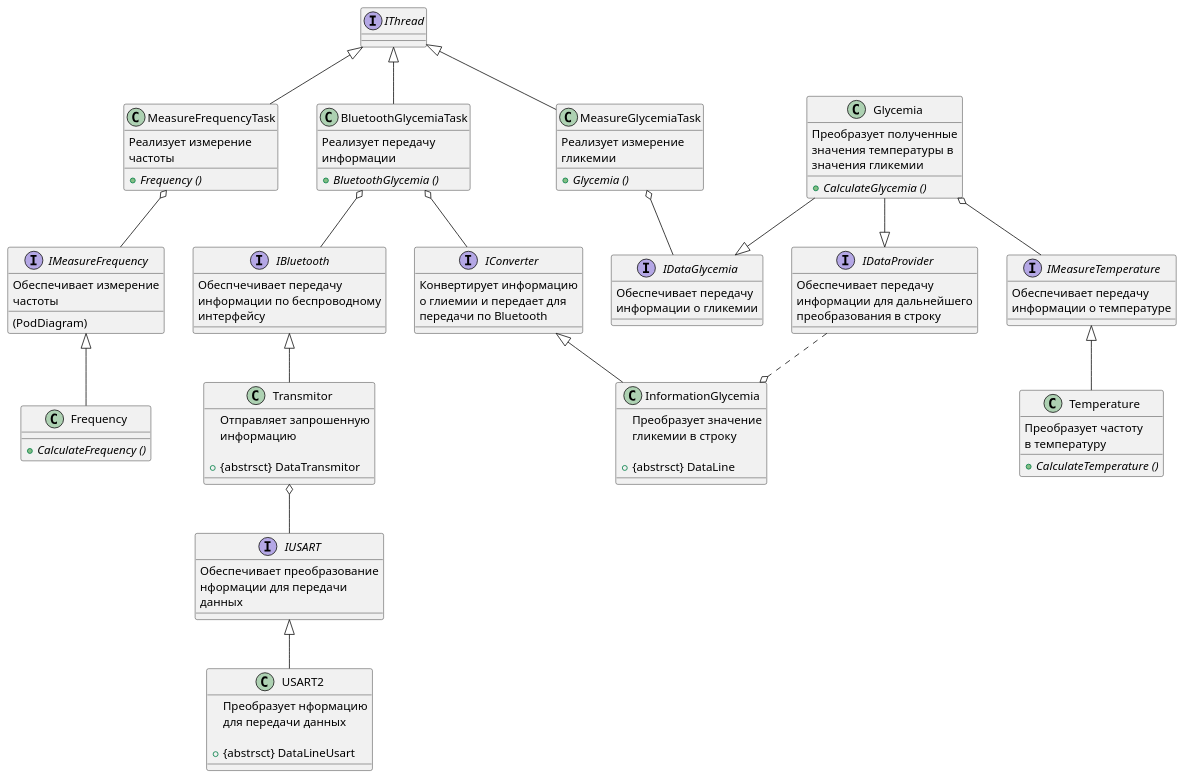
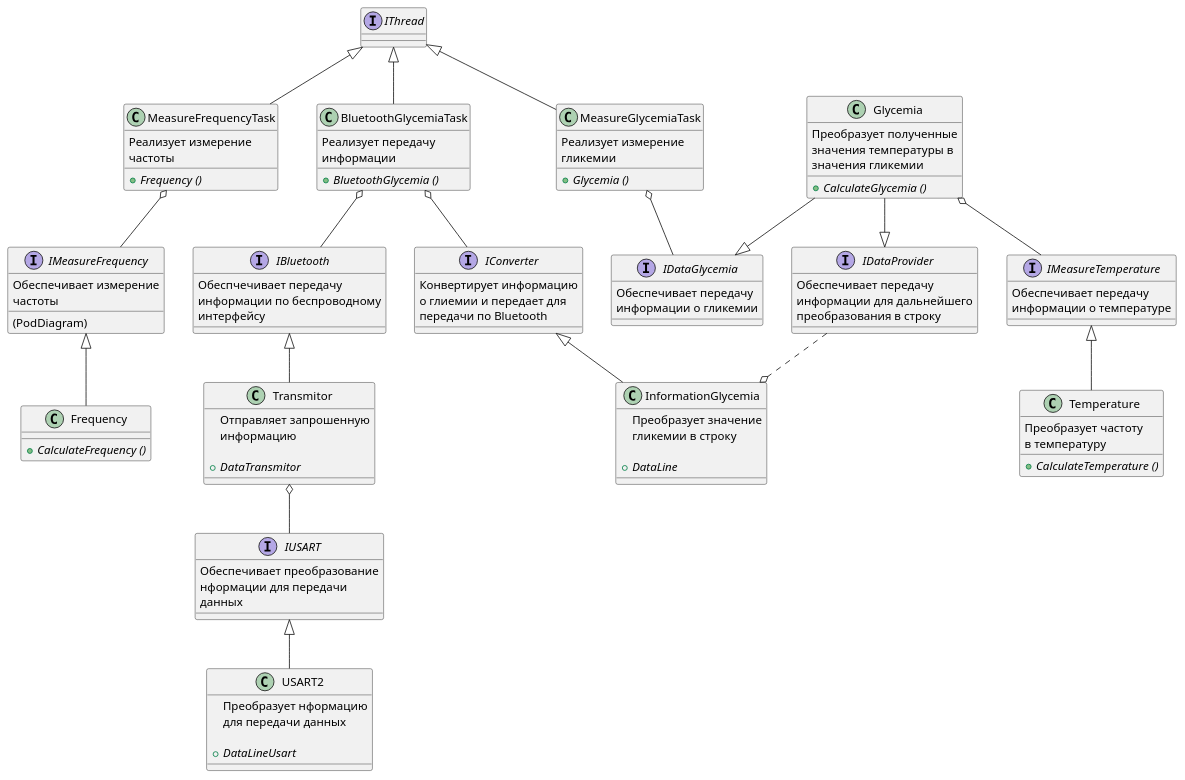
The diagram in DOC/Diagram.puml (Luda-Seliv-KE-413/Kursovoy), drawn with PlantUML before and after one commit.

Commit message:
обновление

```diff
--- a/DOC/Diagram.puml
+++ b/DOC/Diagram.puml
@@ -1,128 +1,128 @@
 @startuml main 
 
 interface IThread
 class MeasureGlycemiaTask
 {
     Реализует измерение
     гликемии
 
     + {abstract} Glycemia ()
 }
 class Glycemia
 {
     Преобразует полученные
     значения температуры в
     значения гликемии
 
      + {abstract} CalculateGlycemia ()
 }
 interface IMeasureTemperature
 {
     Обеспечивает передачу
     информации о температуре
 }
 class Temperature
 {
     Преобразует частоту
     в температуру
 
      + {abstract} CalculateTemperature ()
 }
 class MeasureFrequencyTask
 {
     Реализует измерение
     частоты
 
     + {abstract} Frequency ()
 }
 interface IMeasureFrequency
 {
     Обеспечивает измерение
     частоты
     (PodDiagram)
 }
 class Frequency
 {
      + {abstract} CalculateFrequency ()
 }
 
 IThread <|-down- MeasureGlycemiaTask
 IDataGlycemia -up-o MeasureGlycemiaTask
 IDataGlycemia <|-up- Glycemia
 IMeasureTemperature -up-o Glycemia
 Temperature -up-|> IMeasureTemperature
 Frequency -up-|> IMeasureFrequency
 MeasureFrequencyTask -up-|> IThread
 IMeasureFrequency -up-o MeasureFrequencyTask
 
 class BluetoothGlycemiaTask
 {
     Реализует передачу
     информации
 
      + {abstract} BluetoothGlycemia ()
 }
 class USART2
 {
     Преобразует нформацию
     для передачи данных
     
-    + {abstrsct} DataLineUsart
+    + {abstract} DataLineUsart
 }
 class Transmitor
 {
     Отправляет запрошенную
     информацию
     
-    + {abstrsct} DataTransmitor
+    + {abstract} DataTransmitor
 }
 interface IDataGlycemia
 {
     Обеспечивает передачу
     информации о гликемии
 }
 class InformationGlycemia
 {
     Преобразует значение 
     гликемии в строку
     
-    + {abstrsct} DataLine
+    + {abstract} DataLine
 }
 interface IBluetooth
 {
     Обеспчечивает передачу 
     информации по беспроводному
     интерфейсу
 }
 interface IUSART
 {
     Обеспечивает преобразование 
     нформации для передачи 
     данных
 }
 interface IConverter
 {
     Конвертирует информацию 
     о глиемии и передает для 
     передачи по Bluetooth
 }
 interface IDataProvider
 {
     Обеспечивает передачу 
     информации для дальнейшего 
     преобразования в строку
 }
 
 IThread <|-- BluetoothGlycemiaTask
 BluetoothGlycemiaTask o-- IBluetooth
 Transmitor -up-|> IBluetooth
 IUSART -up-o Transmitor
 USART2 -up-|> IUSART
 InformationGlycemia -up-|> IConverter
 IConverter -up-o BluetoothGlycemiaTask
 
 
 InformationGlycemia o.up.IDataProvider
 Glycemia --|> IDataProvider
 
 @enduml
```
